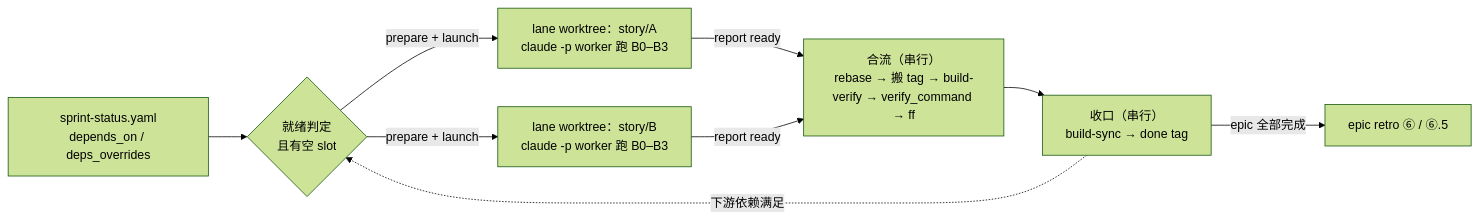
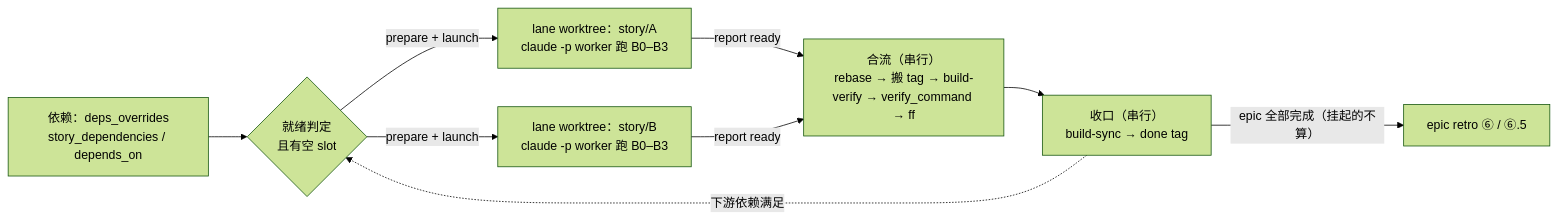
One commit to Niutie/my-cc-plugin changed the first of 3 diagrams in plugins/super-harness/README.md. Above: the diagram before and after it, drawn with Mermaid (forest theme). The commit also changed other lines of this file and 3 other files, not shown here.

First line of the commit message:
docs(super-harness): README、架构文档和 HTML 图文版同步到 0.3.1

````diff
--- a/plugins/super-harness/README.md
+++ b/plugins/super-harness/README.md
@@ -26,11 +26,11 @@
 ```mermaid
 flowchart LR
-  S["sprint-status.yaml<br/>depends_on / deps_overrides"] --> R{"就绪判定<br/>且有空 slot"}
+  S["依赖：deps_overrides<br/>story_dependencies / depends_on"] --> R{"就绪判定<br/>且有空 slot"}
   R -->|prepare + launch| W1["lane worktree：story/A<br/>claude -p worker 跑 B0–B3"]
   R -->|prepare + launch| W2["lane worktree：story/B<br/>claude -p worker 跑 B0–B3"]
   W1 -->|report ready| I["合流（串行）<br/>rebase → 搬 tag → build-verify → verify_command → ff"]
   W2 -->|report ready| I
   I --> C["收口（串行）<br/>build-sync → done tag"]
-  C -->|epic 全部完成| T["epic retro ⑥ / ⑥.5"]
+  C -->|epic 全部完成（挂起的不算）| T["epic retro ⑥ / ⑥.5"]
   C -.->|下游依赖满足| R
 ```
````
